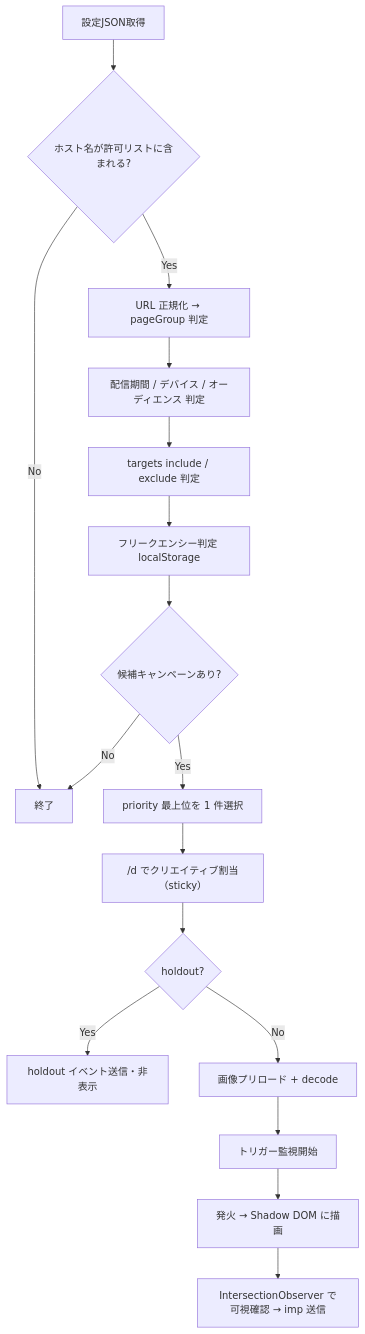
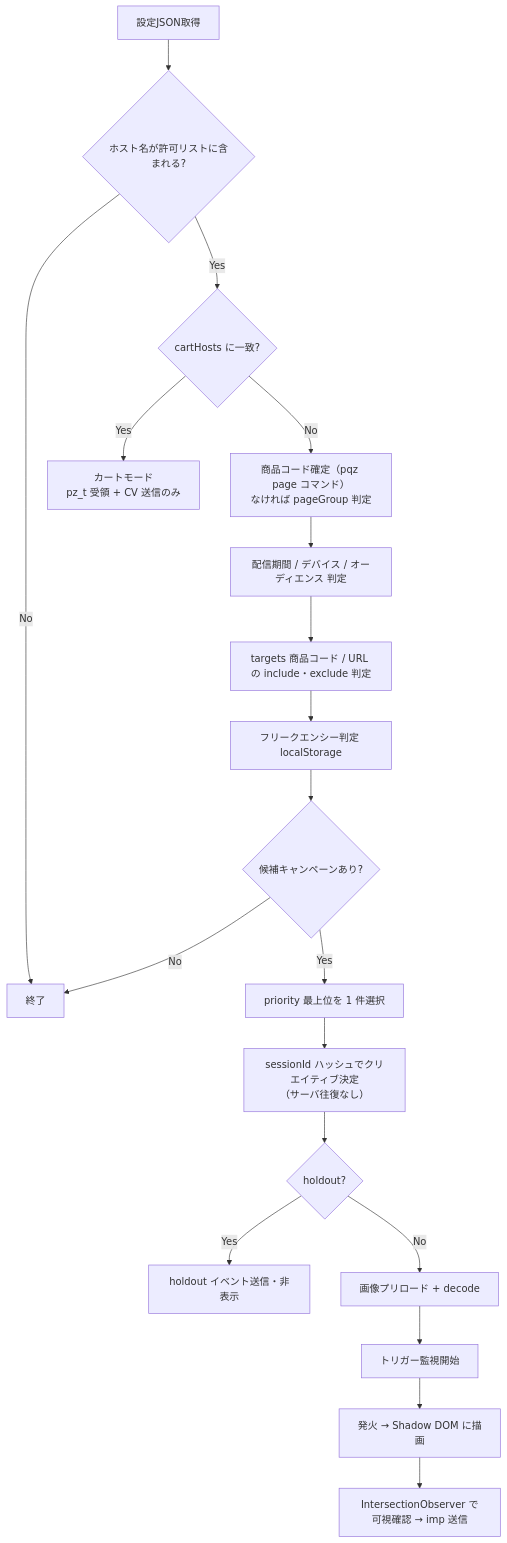
Before and after one commit to t-kamiya-lgtm/popup: the diagram in docs/05-tag-sdk.md, drawn with Mermaid. The commit also changed other lines of this file and 10 other files, not shown here.

````diff
--- a/docs/05-tag-sdk.md
+++ b/docs/05-tag-sdk.md
@@ -121,19 +139,21 @@
 ```mermaid
 flowchart TD
   A[設定JSON取得] --> B{ホスト名が許可リストに含まれる?}
   B -- No --> X[終了]
-  B -- Yes --> C[URL 正規化 → pageGroup 判定]
+  B -- Yes --> B2{cartHosts に一致?}
+  B2 -- Yes --> CM["カートモード<br/>pz_t 受領 + CV 送信のみ"]
+  B2 -- No --> C["商品コード確定（pqz page コマンド）<br/>なければ pageGroup 判定"]
   C --> D[配信期間 / デバイス / オーディエンス 判定]
-  D --> E[targets include / exclude 判定]
+  D --> E[targets 商品コード / URL の include・exclude 判定]
   E --> F[フリークエンシー判定 localStorage]
   F --> G{候補キャンペーンあり?}
   G -- No --> X
   G -- Yes --> H[priority 最上位を 1 件選択]
-  H --> I["/d でクリエイティブ割当（sticky）"]
+  H --> I["sessionId ハッシュでクリエイティブ決定<br/>（サーバ往復なし）"]
   I --> J{holdout?}
   J -- Yes --> K[holdout イベント送信・非表示]
   J -- No --> L[画像プリロード + decode]
   L --> M[トリガー監視開始]
   M --> N[発火 → Shadow DOM に描画]
   N --> O[IntersectionObserver で可視確認 → imp 送信]
 ```
````
